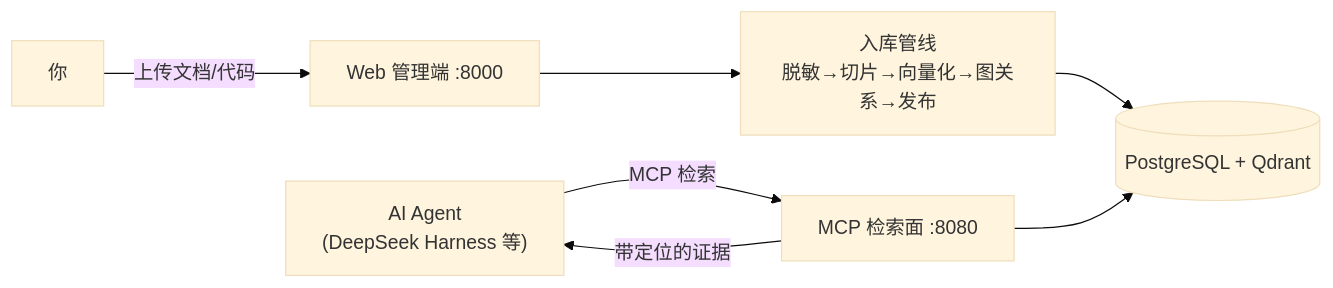
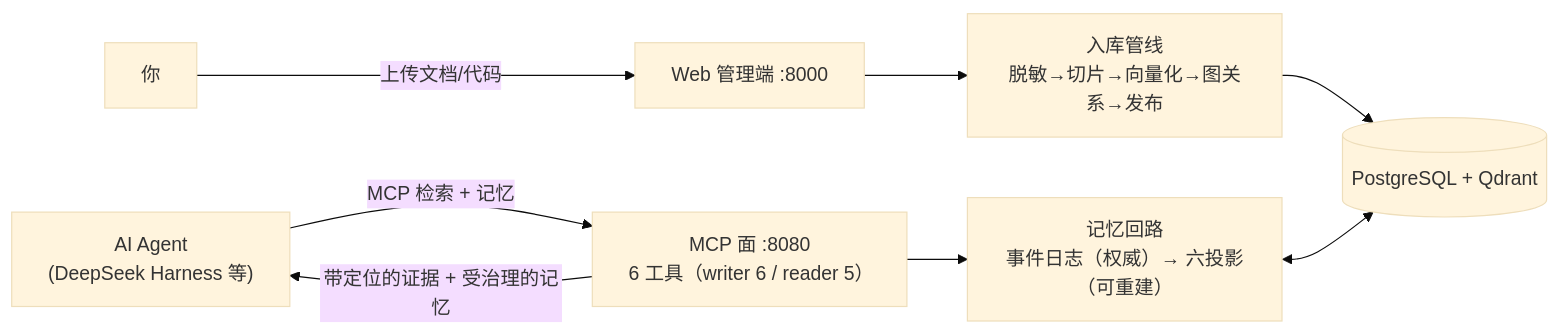
One commit to EdouardRichard/MCP-GeneralRAG changed the first of 3 diagrams in README.md. Above: the diagram before and after it, drawn with Mermaid (base theme). The commit also changed other lines of this file and 6 other files, not shown here.

````diff
--- a/README.md
+++ b/README.md
@@ -17,9 +27,10 @@
 ```mermaid
 flowchart LR
     U["你"] -->|"上传文档/代码"| W["Web 管理端 :8000"]
     W --> SYS["入库管线<br/>脱敏→切片→向量化→图关系→发布"]
-    AI["AI Agent<br/>(DeepSeek Harness 等)"] -->|"MCP 检索"| MCP["MCP 检索面 :8080"]
+    AI["AI Agent<br/>(DeepSeek Harness 等)"] -->|"MCP 检索 + 记忆"| MCP["MCP 面 :8080<br/>6 工具（writer 6 / reader 5）"]
     SYS --> DB[("PostgreSQL + Qdrant")]
-    MCP --> DB
-    MCP -->|"带定位的证据"| AI
+    MCP --> MEM["记忆回路<br/>事件日志（权威）→ 六投影（可重建）"]
+    MEM <--> DB
+    MCP -->|"带定位的证据 + 受治理的记忆"| AI
 ```
````
